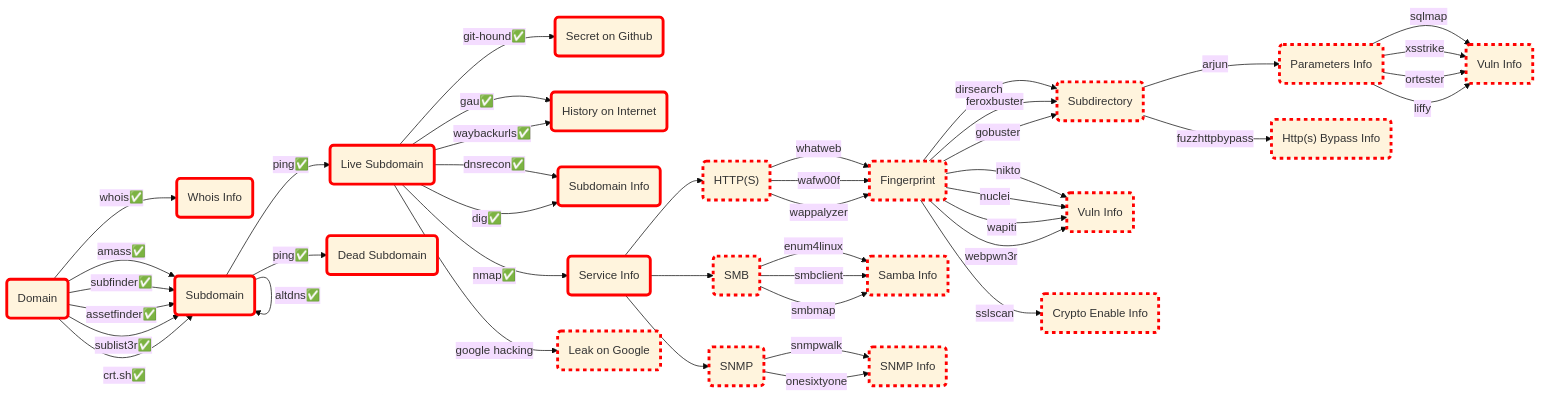
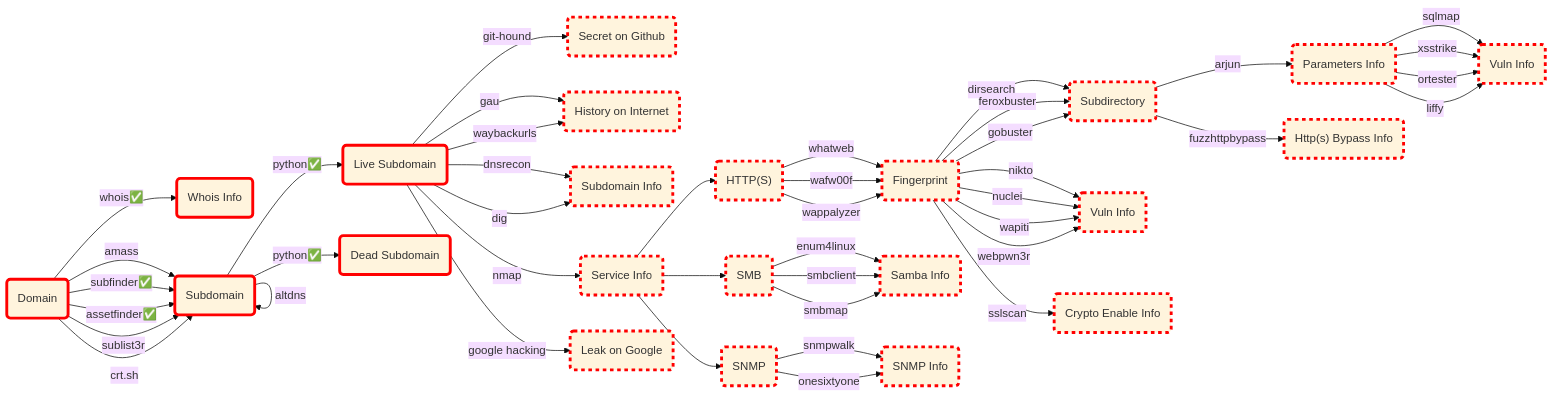
The first of 2 diagrams in README.md (astroicers/recon-pocket), drawn with Mermaid (base theme) before and after one commit. The commit also changed other lines of this file and 1 other file, not shown here.

````diff
--- a/README.md
+++ b/README.md
@@ -9,66 +9,66 @@
 ```mermaid
 graph LR
 
   style A  stroke:red,stroke-width:4px
   style B1 stroke:red,stroke-width:4px
   style B2 stroke:red,stroke-width:4px
   style C1 stroke:red,stroke-width:4px
   style C2 stroke:red,stroke-width:4px
-  style C3 stroke:red,stroke-width:4px
-  style C4 stroke:red,stroke-width:4px
-  style D1 stroke:red,stroke-width:4px
-  style D2 stroke:red,stroke-width:4px
+  style C3 stroke:red,stroke-width:4px,stroke-dasharray: 5 5
+  style C4 stroke:red,stroke-width:4px,stroke-dasharray: 5 5
+  style D1 stroke:red,stroke-width:4px,stroke-dasharray: 5 5
+  style D2 stroke:red,stroke-width:4px,stroke-dasharray: 5 5
   style D3 stroke:red,stroke-width:4px,stroke-dasharray: 5 5
   style E1 stroke:red,stroke-width:4px,stroke-dasharray: 5 5
   style E2 stroke:red,stroke-width:4px,stroke-dasharray: 5 5
   style E3 stroke:red,stroke-width:4px,stroke-dasharray: 5 5
   style F1 stroke:red,stroke-width:4px,stroke-dasharray: 5 5
   style F2 stroke:red,stroke-width:4px,stroke-dasharray: 5 5
   style F3 stroke:red,stroke-width:4px,stroke-dasharray: 5 5
   style G1 stroke:red,stroke-width:4px,stroke-dasharray: 5 5
   style G2 stroke:red,stroke-width:4px,stroke-dasharray: 5 5
   style G3 stroke:red,stroke-width:4px,stroke-dasharray: 5 5
   style H1 stroke:red,stroke-width:4px,stroke-dasharray: 5 5
   style H2 stroke:red,stroke-width:4px,stroke-dasharray: 5 5
   style I1 stroke:red,stroke-width:4px,stroke-dasharray: 5 5
   A(Domain) -->|"whois✅"|B1(Whois Info)
-  A(Domain) -->|"amass✅"|B2(Subdomain)
+  A(Domain) -->|"amass"|B2(Subdomain)
   A(Domain) -->|"subfinder✅"|B2(Subdomain)
   A(Domain) -->|"assetfinder✅"|B2(Subdomain)
-  A(Domain) -->|"sublist3r✅"|B2(Subdomain)
-  A(Domain) -->|"crt.sh✅"|B2(Subdomain)
-  B2(Subdomain) -->|"altdns✅"|B2(Subdomain)
-  B2(Subdomain) -->|"ping✅"|C1(Live Subdomain) & C2(Dead Subdomain)
-  C1(Live Subdomain) -->|"git-hound✅"|C3(Secret on Github)
-  C1(Live Subdomain) -->|"gau✅"|C4(History on Internet)
-  C1(Live Subdomain) -->|"waybackurls✅"|C4(History on Internet)
-  C1(Live Subdomain) -->|"dnsrecon✅"|D1(Subdomain Info)
-  C1(Live Subdomain) -->|"dig✅"|D1(Subdomain Info)
-  C1(Live Subdomain) -->|"nmap✅"|D2(Service Info)
+  A(Domain) -->|"sublist3r"|B2(Subdomain)
+  A(Domain) -->|"crt.sh"|B2(Subdomain)
+  B2(Subdomain) -->|"altdns"|B2(Subdomain)
+  B2(Subdomain) -->|"python✅"|C1(Live Subdomain) & C2(Dead Subdomain)
+  C1(Live Subdomain) -->|"git-hound"|C3(Secret on Github)
+  C1(Live Subdomain) -->|"gau"|C4(History on Internet)
+  C1(Live Subdomain) -->|"waybackurls"|C4(History on Internet)
+  C1(Live Subdomain) -->|"dnsrecon"|D1(Subdomain Info)
+  C1(Live Subdomain) -->|"dig"|D1(Subdomain Info)
+  C1(Live Subdomain) -->|"nmap"|D2(Service Info)
   C1(Live Subdomain) -->|"google hacking"|D3(Leak on Google)
   D2(Service Info) --> E1("HTTP(S)")
   D2(Service Info) --> E2(SMB)
   D2(Service Info) --> E3(SNMP)
   E1("HTTP(S)") -->|"whatweb"|F1(Fingerprint)
   E1("HTTP(S)") -->|"wafw00f"|F1(Fingerprint)
   E1("HTTP(S)") -->|"wappalyzer"|F1(Fingerprint)
   E2(SMB) -->|"enum4linux"|F2(Samba Info)
   E2(SMB) -->|"smbclient"|F2(Samba Info)
   E2(SMB) -->|"smbmap"|F2(Samba Info)
   E3(SNMP) -->|"snmpwalk"|F3(SNMP Info)
   E3(SNMP) -->|"onesixtyone"|F3(SNMP Info)
   F1(Fingerprint) -->|"dirsearch"|G1(Subdirectory)
   F1(Fingerprint) -->|"feroxbuster"|G1(Subdirectory)
   F1(Fingerprint) -->|"gobuster"|G1(Subdirectory)
   F1(Fingerprint) -->|"nikto"|G2(Vuln Info)
   F1(Fingerprint) -->|"nuclei"|G2(Vuln Info)
   F1(Fingerprint) -->|"wapiti"|G2(Vuln Info)
   F1(Fingerprint) -->|"webpwn3r"|G2(Vuln Info)
   F1(Fingerprint) -->|"sslscan"|G3(Crypto Enable Info)
   G1(Subdirectory) -->|"arjun"|H1(Parameters Info)
   G1(Subdirectory) -->|"fuzzhttpbypass"|H2("Http(s) Bypass Info")
   H1(Parameters Info) -->|"sqlmap"|I1(Vuln Info)
   H1(Parameters Info) -->|"xsstrike"|I1(Vuln Info)
   H1(Parameters Info) -->|"ortester"|I1(Vuln Info)
   H1(Parameters Info) -->|"liffy"|I1(Vuln Info)
 ```
````
